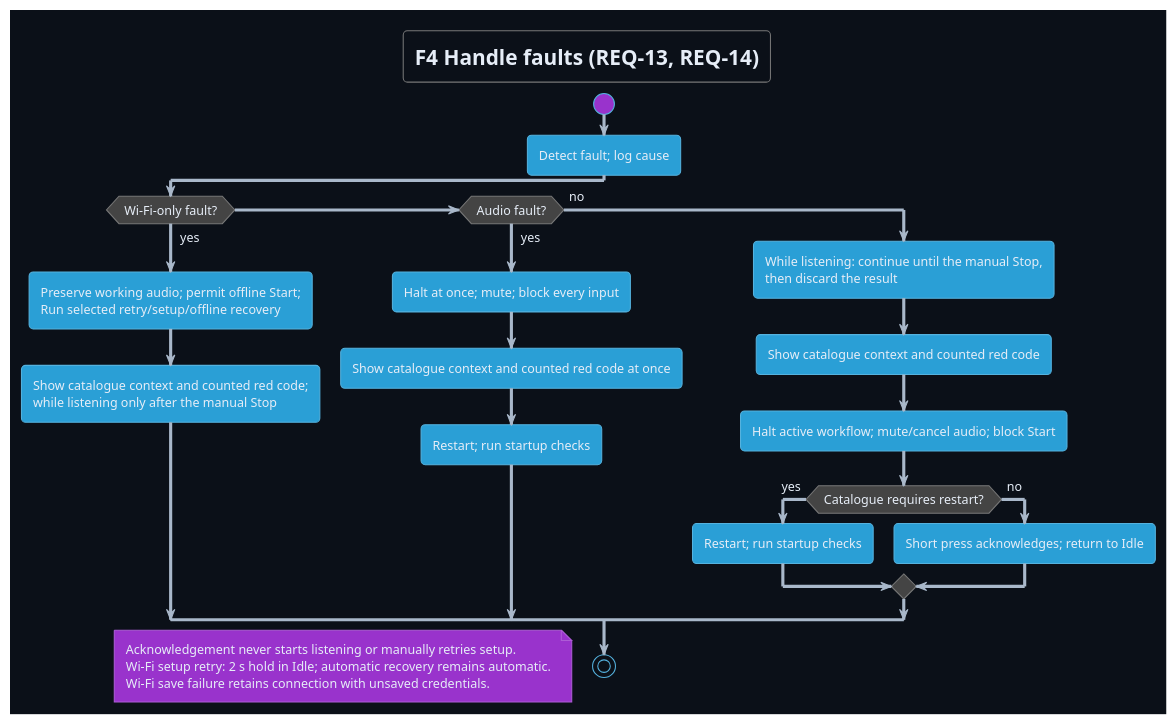
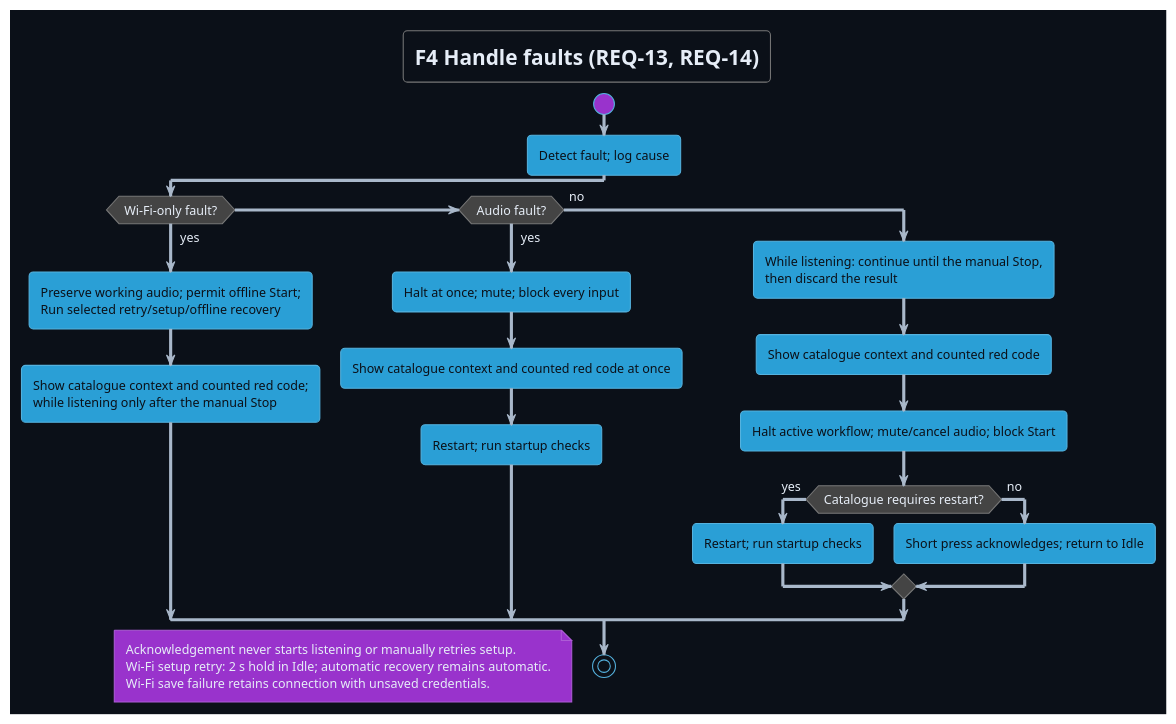
The diagram in Development/system/requirements/use-cases/uc-04-faults.puml (DemonicPsychoII/DigitalStethoscope), drawn with PlantUML before and after one commit. The commit also changed 107 other files, not shown here.

```diff
--- a/Development/system/requirements/use-cases/uc-04-faults.puml
+++ b/Development/system/requirements/use-cases/uc-04-faults.puml
@@ -1,34 +1,38 @@
 @startuml uc_04_faults
 !theme cyborg
 skinparam shadowing false
 skinparam defaultFontName SansSerif
 skinparam backgroundColor #0b1018
 skinparam defaultFontColor #e6edf7
 skinparam ArrowColor #a9b8ca
+skinparam activity {
+ FontColor #0b1018
+ DiamondFontColor #e6edf7
+}
 title F4 Handle faults (REQ-13, REQ-14)
 start
 :Detect fault; log cause;
 if (Wi-Fi-only fault?) then (yes)
  :Preserve working audio; permit offline Start;\nRun selected retry/setup/offline recovery;
  :Show catalogue context and counted red code;\nwhile listening only after the manual Stop;
 elseif (Audio fault?) then (yes)
  :Halt at once; mute; block every input;
  :Show catalogue context and counted red code at once;
  :Restart; run startup checks;
 else (no)
  :While listening: continue until the manual Stop,\nthen discard the result;
  :Show catalogue context and counted red code;
  :Halt active workflow; mute/cancel audio; block Start;
  if (Catalogue requires restart?) then (yes)
   :Restart; run startup checks;
  else (no)
   :Short press acknowledges; return to Idle;
  endif
 endif
 stop
 floating note
  Acknowledgement never starts listening or manually retries setup.
  Wi-Fi setup retry: 2 s hold in Idle; automatic recovery remains automatic.
  Wi-Fi save failure retains connection with unsaved credentials.
 end note
 @enduml
```
